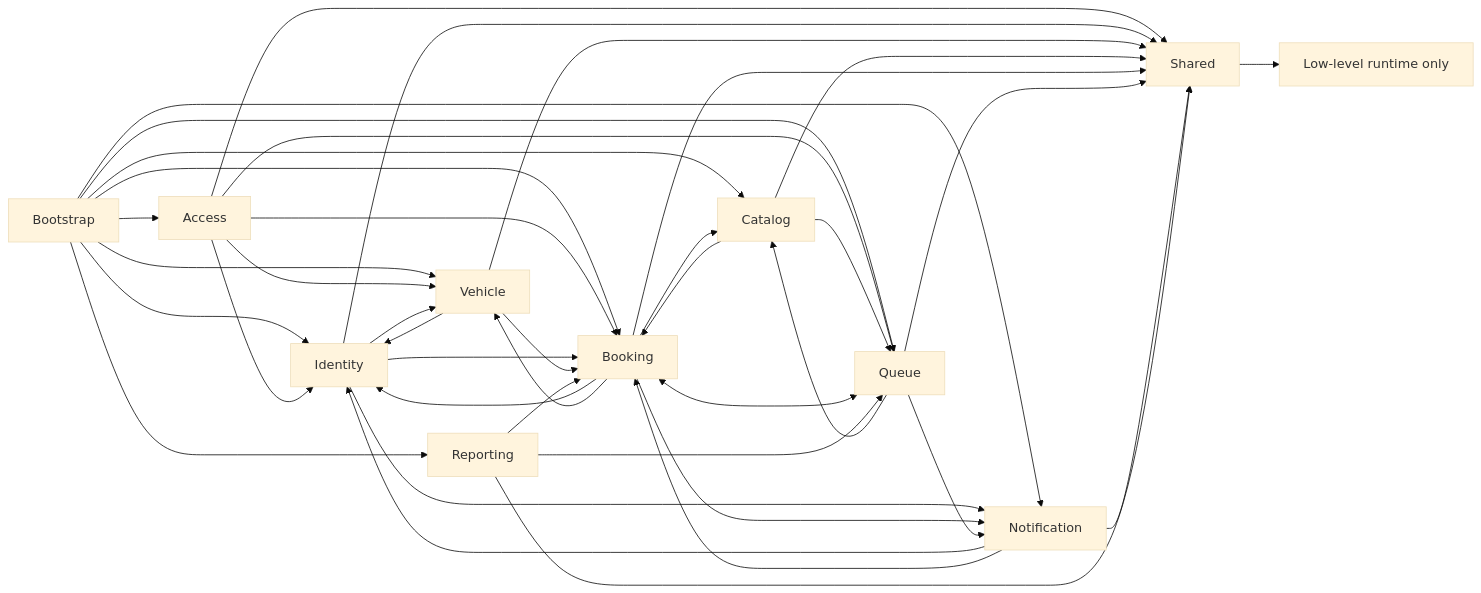
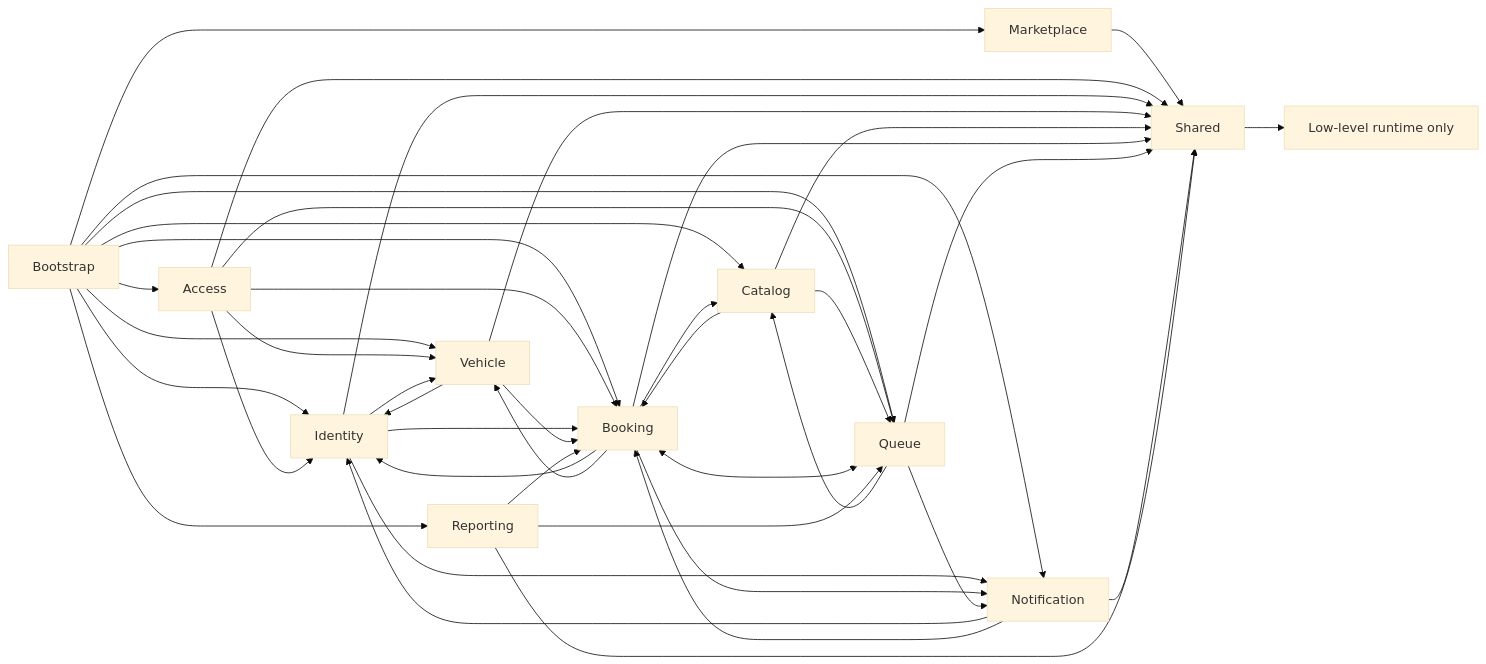
The second of 2 diagrams in documentation/ARCHITECTURE.md (ongeziwe17/carwash-booking-queue-system), drawn with Mermaid (base theme) before and after one commit. The commit also changed other lines of this file and 83 other files, not shown here.

````diff
--- a/documentation/ARCHITECTURE.md
+++ b/documentation/ARCHITECTURE.md
@@ -37,42 +38,44 @@
 ```mermaid
 flowchart LR
     Bootstrap --> Access
     Bootstrap --> Identity
     Bootstrap --> Vehicle
     Bootstrap --> Catalog
     Bootstrap --> Booking
     Bootstrap --> Queue
     Bootstrap --> Notification
     Bootstrap --> Reporting
+    Bootstrap --> Marketplace
     Access --> Identity
     Access --> Vehicle
     Access --> Booking
     Access --> Queue
     Identity --> Vehicle
     Identity --> Booking
     Identity --> Notification
     Vehicle --> Identity
     Vehicle --> Booking
     Catalog --> Booking
     Catalog --> Queue
     Booking --> Identity
     Booking --> Vehicle
     Booking --> Catalog
     Booking <--> Queue
     Booking --> Notification
     Queue --> Catalog
     Queue --> Notification
     Notification --> Identity
     Notification --> Booking
     Reporting --> Booking
     Reporting --> Queue
+    Marketplace --> Shared
     Shared --> Runtime[Low-level runtime only]
     Access --> Shared
     Identity --> Shared
     Vehicle --> Shared
     Catalog --> Shared
     Booking --> Shared
     Queue --> Shared
     Notification --> Shared
     Reporting --> Shared
 ```
````
